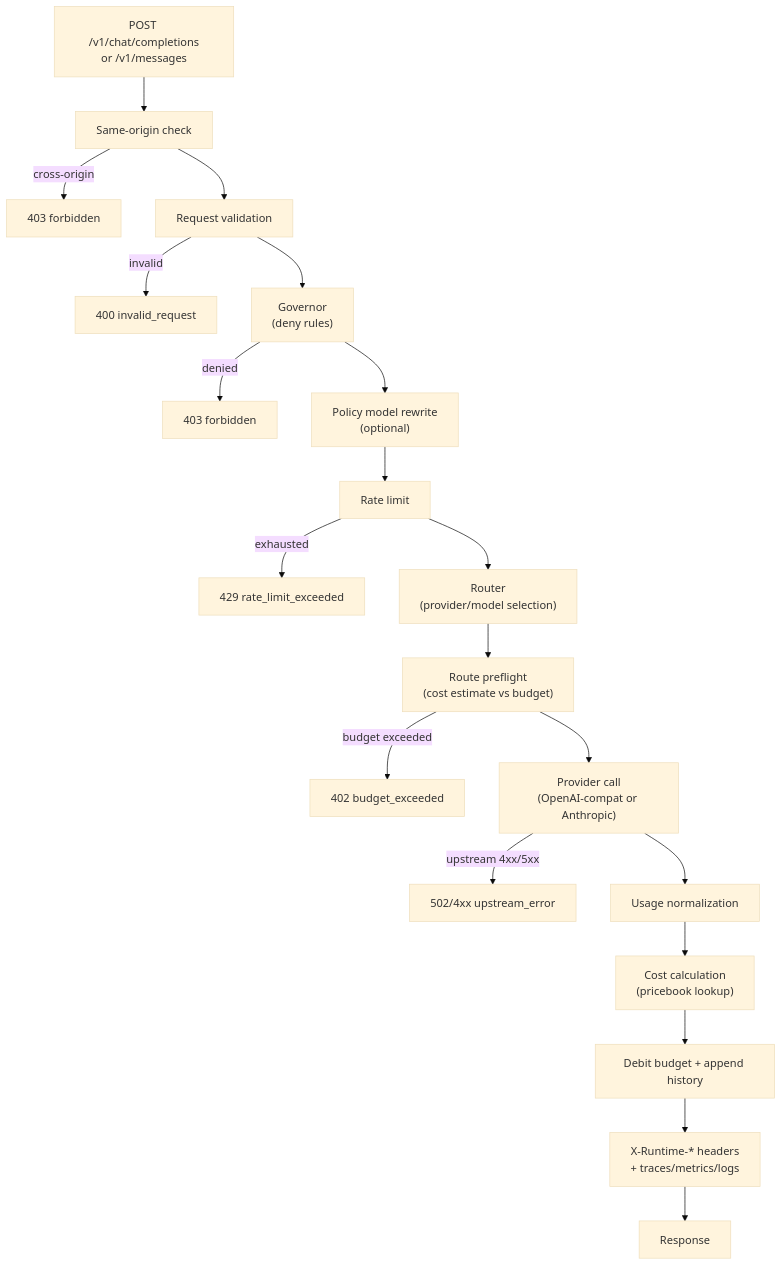
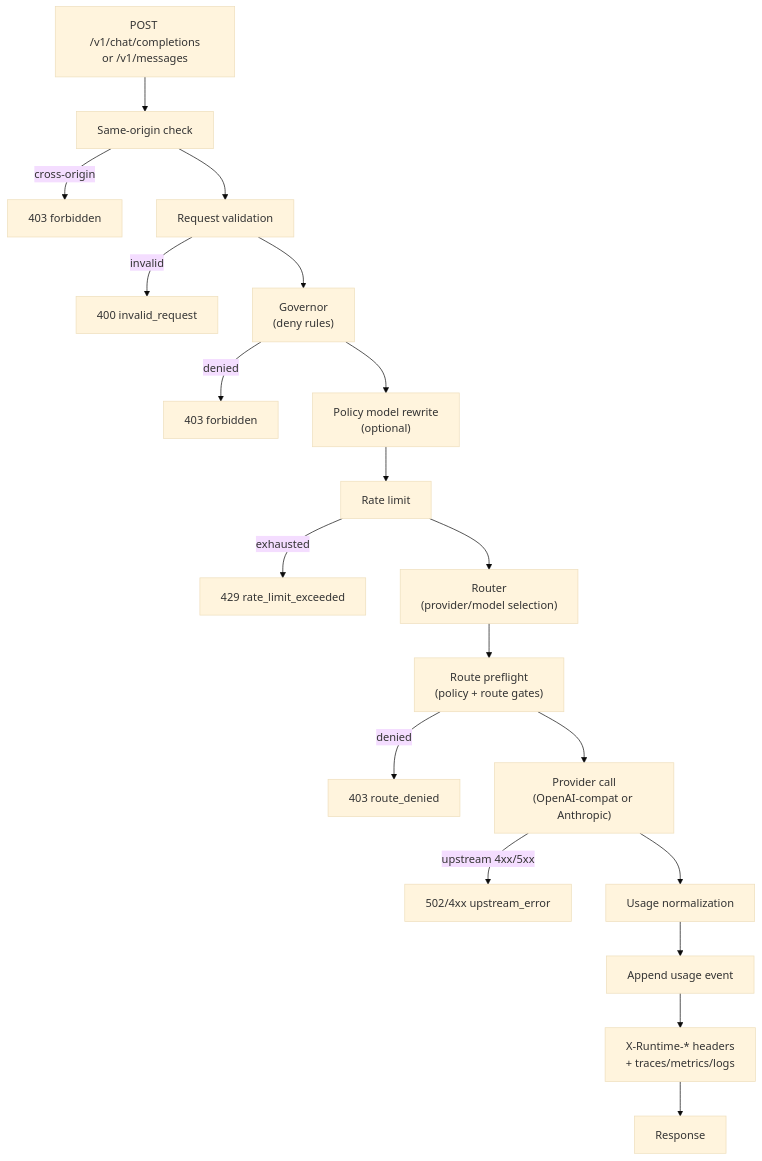
Before and after one commit to hecatehq/hecate: the first of 3 diagrams in docs/architecture.md, drawn with Mermaid (base theme). The commit also changed other lines of this file and 143 other files, not shown here.

````diff
--- a/docs/architecture.md
+++ b/docs/architecture.md
@@ -20,22 +20,21 @@
 ```mermaid
 flowchart TD
     Caller["POST /v1/chat/completions<br/>or /v1/messages"] --> SameOrigin["Same-origin check"]
     SameOrigin -->|"cross-origin"| ErrOrigin["403 forbidden"]
     SameOrigin --> Validate["Request validation"]
     Validate -->|"invalid"| ErrInvalid["400 invalid_request"]
     Validate --> Governor["Governor<br/>(deny rules)"]
     Governor -->|"denied"| ErrDenied["403 forbidden"]
     Governor --> Rewrite["Policy model rewrite<br/>(optional)"]
     Rewrite --> RateLimit["Rate limit"]
     RateLimit -->|"exhausted"| ErrRateLimit["429 rate_limit_exceeded"]
     RateLimit --> Router["Router<br/>(provider/model selection)"]
-    Router --> Preflight["Route preflight<br/>(cost estimate vs budget)"]
-    Preflight -->|"budget exceeded"| ErrBudget["402 budget_exceeded"]
+    Router --> Preflight["Route preflight<br/>(policy + route gates)"]
+    Preflight -->|"denied"| ErrRoute["403 route_denied"]
     Preflight --> Provider["Provider call<br/>(OpenAI-compat or Anthropic)"]
     Provider -->|"upstream 4xx/5xx"| ErrUpstream["502/4xx upstream_error"]
     Provider --> Usage["Usage normalization"]
-    Usage --> Cost["Cost calculation<br/>(pricebook lookup)"]
-    Cost --> RecordUsage["Debit budget + append history"]
+    Usage --> RecordUsage["Append usage event"]
     RecordUsage --> Telemetry["X-Runtime-* headers<br/>+ traces/metrics/logs"]
     Telemetry --> Response["Response"]
 ```
````
